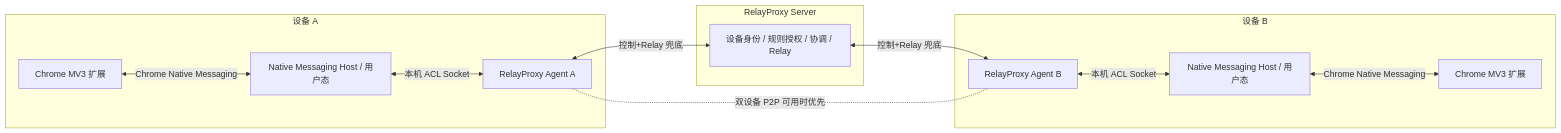
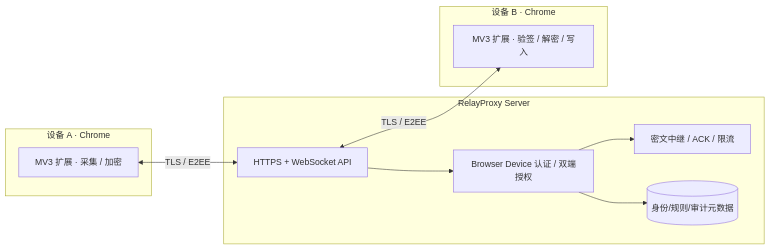
Before and after one commit to timwai/RelayProxy: the diagram in docs/browser-session-sync-design-development.md, drawn with Mermaid. The commit also changed other lines of this file, not shown here.

Commit message:
docs: switch browser session sync to agentless Chrome extension and server design

````diff
--- a/docs/browser-session-sync-design-development.md
+++ b/docs/browser-session-sync-design-development.md
@@ -76,23 +49,19 @@
-```mermaid
+~~~mermaid
 flowchart LR
-  subgraph A[设备 A]
-    CA[Chrome MV3 扩展]
-    NA[Native Messaging Host / 用户态]
-    AA[RelayProxy Agent A]
-    CA <-->|Chrome Native Messaging| NA
-    NA <-->|本机 ACL Socket| AA
+  subgraph A[设备 A · Chrome]
+    EA[MV3 扩展 · 采集 / 加密]
   end
   subgraph S[RelayProxy Server]
-    SS[设备身份 / 规则授权 / 协调 / Relay]
+    API[HTTPS + WebSocket API]
+    AUTH[Browser Device 认证 / 双端授权]
+    RELAY[密文中继 / ACK / 限流]
+    DB[(身份/规则/审计元数据)]
+    API --> AUTH --> RELAY
+    AUTH --> DB
   end
-  subgraph B[设备 B]
-    AB[RelayProxy Agent B]
-    NB[Native Messaging Host / 用户态]
-    CB[Chrome MV3 扩展]
-    AB <-->|本机 ACL Socket| NB
-    NB <-->|Chrome Native Messaging| CB
+  subgraph B[设备 B · Chrome]
+    EB[MV3 扩展 · 验签 / 解密 / 写入]
   end
-  AA <-->|控制+Relay 兜底| SS
-  SS <-->|控制+Relay 兜底| AB
-  AA -. 双设备 P2P 可用时优先 .- AB
-```
+  EA <-->|TLS / E2EE| API
+  API <-->|TLS / E2EE| EB
+~~~
````
